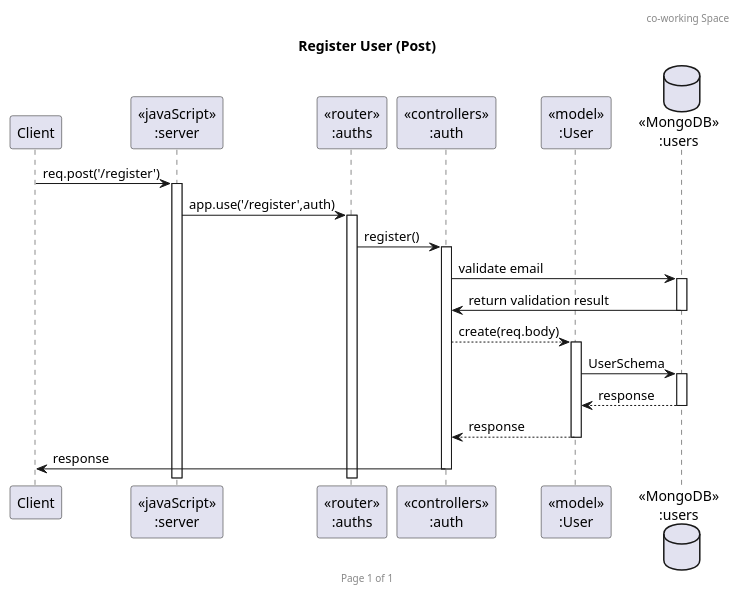
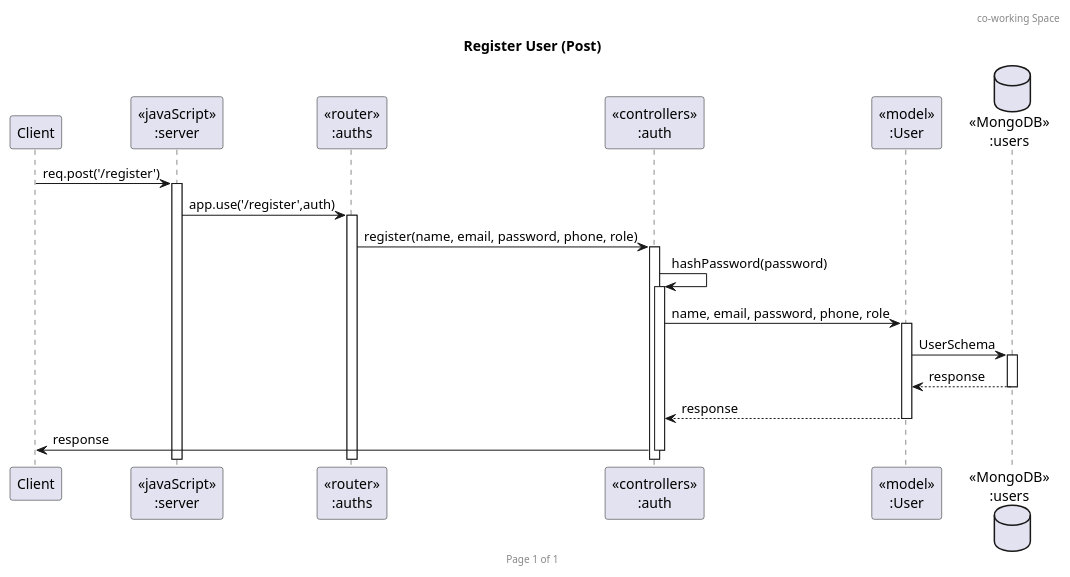
One commit to GavinITP/co-working-space-reservation changed the diagram in uml/coWorking_register.puml. Above: the diagram before and after it, drawn with PlantUML. The commit also changed 2 other files, not shown here.

Commit message:
authentication sequence diagram fix

```diff
--- a/uml/coWorking_register.puml
+++ b/uml/coWorking_register.puml
@@ -1,26 +1,26 @@
 @startuml Register to the system (Post)
 
 header co-working Space 
 footer Page %page% of %lastpage%
 title "Register User (Post)"
 
 participant "Client" as client
 participant "<<javaScript>>\n:server" as server
 participant "<<router>>\n:auths" as routerAuth
 participant "<<controllers>>\n:auth" as controllersAuths
 participant "<<model>>\n:User" as modelUser
 database "<<MongoDB>>\n:users" as UserDatabase
 
 
 client->server ++:req.post('/register')
 server->routerAuth ++:app.use('/register',auth)
-routerAuth -> controllersAuths ++:register()
-controllersAuths -> UserDatabase ++: validate email
-UserDatabase -> controllersAuths --: return validation result
-controllersAuths -->  modelUser ++:create(req.body) 
-modelUser ->UserDatabase ++: UserSchema
+routerAuth -> controllersAuths ++:register(name, email, password, phone, role)
+controllersAuths -> controllersAuths ++: hashPassword(password)
+controllersAuths -> modelUser ++: name, email, password, phone, role
+modelUser -> UserDatabase ++: UserSchema
+' modelUser ->UserDatabase ++: UserSchema
 UserDatabase --> modelUser --: response
 controllersAuths <-- modelUser --: response
 controllersAuths->client --:response
 
 @enduml
```
